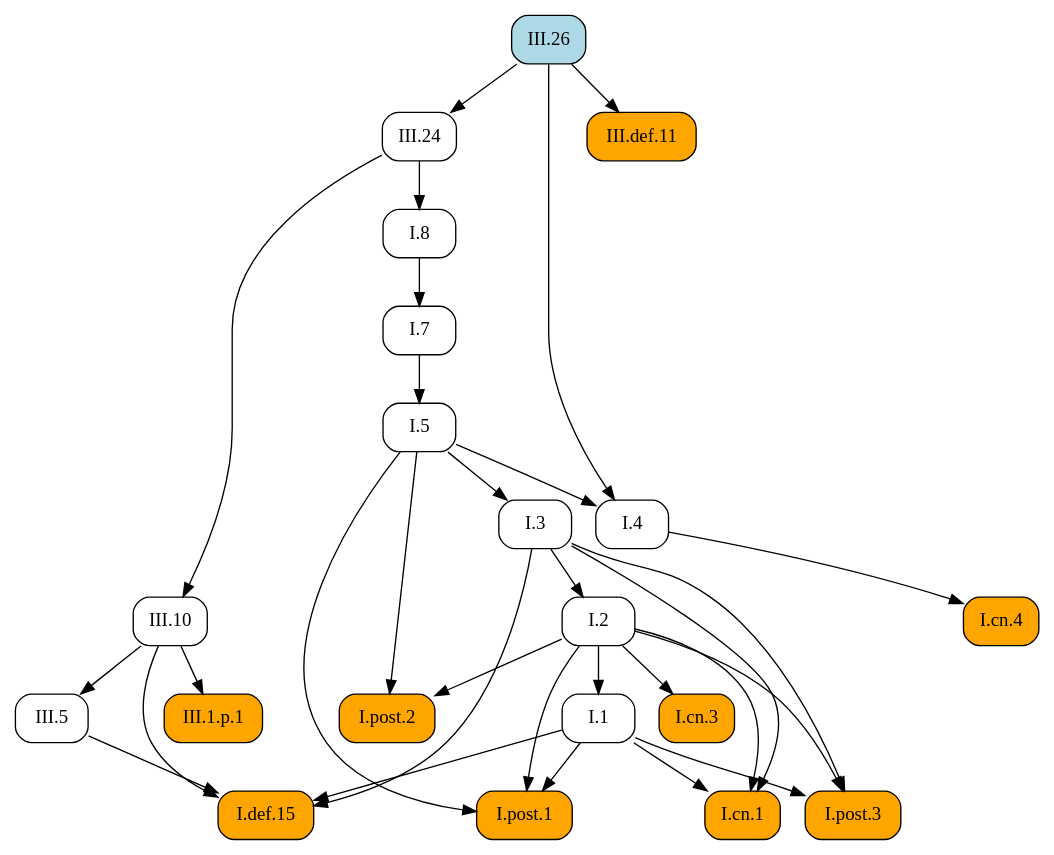
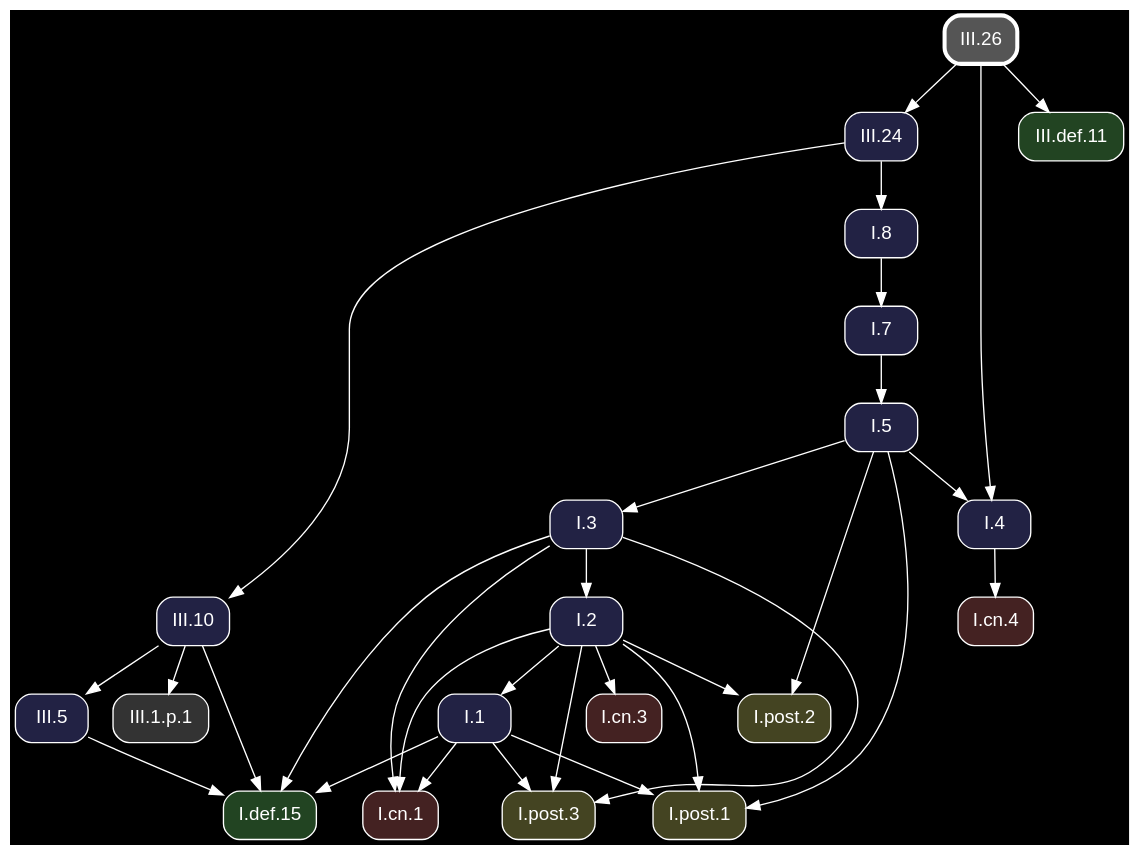
Before and after one commit to geometor/elements: the diagram in docsrc/heath/III/26/index.rst, drawn with Graphviz. The commit also changed other lines of this file and 1200 other files, not shown here.

Commit message:
update dependency graphs

```diff
--- a/docsrc/heath/III/26/index.rst
+++ b/docsrc/heath/III/26/index.rst
@@ -65,56 +65,58 @@
 .. graphviz::
 
    digraph {
+     bgcolor="black";
+     node [shape=box, style="rounded,filled", fontname="Helvetica", color="white", fontcolor="white"];
+     edge [color="white", fontcolor="white"];
      rankdir="TB";
-     node [shape=box, style=rounded];
-     "I.cn.1" [style="rounded,filled", fillcolor=orange, URL="/heath/I/cn.1/", target="_top"];
-     "I.7" [URL="/heath/I/7/", target="_top"];
-     "III.24" [URL="/heath/III/24/", target="_top"];
-     "I.2" [URL="/heath/I/2/", target="_top"];
-     "I.def.15" [style="rounded,filled", fillcolor=orange, URL="/heath/I/def.15/", target="_top"];
-     "III.26" [style="rounded,filled", fillcolor=lightblue, URL="/heath/III/26/", target="_top"];
-     "I.4" [URL="/heath/I/4/", target="_top"];
-     "I.1" [URL="/heath/I/1/", target="_top"];
-     "III.def.11" [style="rounded,filled", fillcolor=orange, URL="/heath/III/def.11/", target="_top"];
-     "I.post.1" [style="rounded,filled", fillcolor=orange, URL="/heath/I/post.1/", target="_top"];
-     "I.post.3" [style="rounded,filled", fillcolor=orange, URL="/heath/I/post.3/", target="_top"];
-     "I.5" [URL="/heath/I/5/", target="_top"];
-     "I.8" [URL="/heath/I/8/", target="_top"];
-     "I.cn.3" [style="rounded,filled", fillcolor=orange, URL="/heath/I/cn.3/", target="_top"];
-     "III.10" [URL="/heath/III/10/", target="_top"];
-     "III.1.p.1" [style="rounded,filled", fillcolor=orange];
-     "I.cn.4" [style="rounded,filled", fillcolor=orange, URL="/heath/I/cn.4/", target="_top"];
-     "I.post.2" [style="rounded,filled", fillcolor=orange, URL="/heath/I/post.2/", target="_top"];
-     "I.3" [URL="/heath/I/3/", target="_top"];
-     "III.5" [URL="/heath/III/5/", target="_top"];
+     "III.10" [fillcolor="#222244", URL="/heath/III/10/", target="_top"];
+     "I.3" [fillcolor="#222244", URL="/heath/I/3/", target="_top"];
+     "I.post.1" [fillcolor="#444422", URL="/heath/I/post.1/", target="_top"];
+     "I.cn.1" [fillcolor="#442222", URL="/heath/I/cn.1/", target="_top"];
+     "I.cn.3" [fillcolor="#442222", URL="/heath/I/cn.3/", target="_top"];
+     "I.2" [fillcolor="#222244", URL="/heath/I/2/", target="_top"];
+     "I.post.2" [fillcolor="#444422", URL="/heath/I/post.2/", target="_top"];
+     "I.cn.4" [fillcolor="#442222", URL="/heath/I/cn.4/", target="_top"];
+     "I.1" [fillcolor="#222244", URL="/heath/I/1/", target="_top"];
+     "I.8" [fillcolor="#222244", URL="/heath/I/8/", target="_top"];
+     "III.24" [fillcolor="#222244", URL="/heath/III/24/", target="_top"];
+     "I.4" [fillcolor="#222244", URL="/heath/I/4/", target="_top"];
+     "I.post.3" [fillcolor="#444422", URL="/heath/I/post.3/", target="_top"];
+     "III.5" [fillcolor="#222244", URL="/heath/III/5/", target="_top"];
+     "III.1.p.1" [fillcolor="#333333"];
+     "I.7" [fillcolor="#222244", URL="/heath/I/7/", target="_top"];
+     "I.def.15" [fillcolor="#224422", URL="/heath/I/def.15/", target="_top"];
+     "I.5" [fillcolor="#222244", URL="/heath/I/5/", target="_top"];
+     "III.26" [penwidth=3, color="white", fillcolor="#555555", URL="/heath/III/26/", target="_top"];
+     "III.def.11" [fillcolor="#224422", URL="/heath/III/def.11/", target="_top"];
+     "III.24" -> "III.10";
+     "I.5" -> "I.3";
+     "I.1" -> "I.post.1";
+     "I.2" -> "I.post.1";
+     "I.5" -> "I.post.1";
      "I.1" -> "I.cn.1";
      "I.2" -> "I.cn.1";
      "I.3" -> "I.cn.1";
+     "I.2" -> "I.cn.3";
+     "I.3" -> "I.2";
+     "I.2" -> "I.post.2";
+     "I.5" -> "I.post.2";
+     "I.4" -> "I.cn.4";
+     "I.2" -> "I.1";
+     "III.24" -> "I.8";
+     "III.26" -> "III.24";
+     "I.5" -> "I.4";
+     "III.26" -> "I.4";
+     "I.1" -> "I.post.3";
+     "I.2" -> "I.post.3";
+     "I.3" -> "I.post.3";
+     "III.10" -> "III.5";
+     "III.10" -> "III.1.p.1";
      "I.8" -> "I.7";
-     "III.26" -> "III.24";
-     "I.3" -> "I.2";
      "I.1" -> "I.def.15";
      "I.3" -> "I.def.15";
      "III.5" -> "I.def.15";
      "III.10" -> "I.def.15";
-     "I.5" -> "I.4";
-     "III.26" -> "I.4";
-     "I.2" -> "I.1";
+     "I.7" -> "I.5";
      "III.26" -> "III.def.11";
-     "I.1" -> "I.post.1";
-     "I.2" -> "I.post.1";
-     "I.5" -> "I.post.1";
-     "I.1" -> "I.post.3";
-     "I.2" -> "I.post.3";
-     "I.3" -> "I.post.3";
-     "I.7" -> "I.5";
-     "III.24" -> "I.8";
-     "I.2" -> "I.cn.3";
-     "III.24" -> "III.10";
-     "III.10" -> "III.1.p.1";
-     "I.4" -> "I.cn.4";
-     "I.2" -> "I.post.2";
-     "I.5" -> "I.post.2";
-     "I.5" -> "I.3";
-     "III.10" -> "III.5";
    }
```
